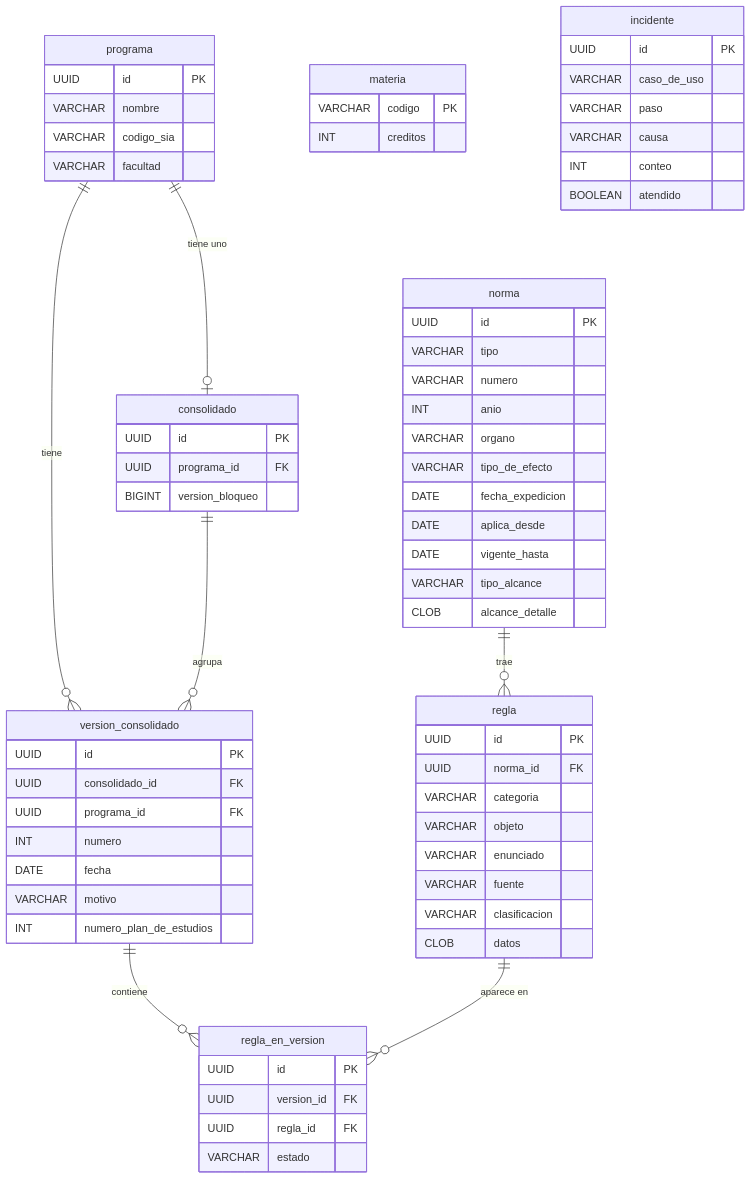
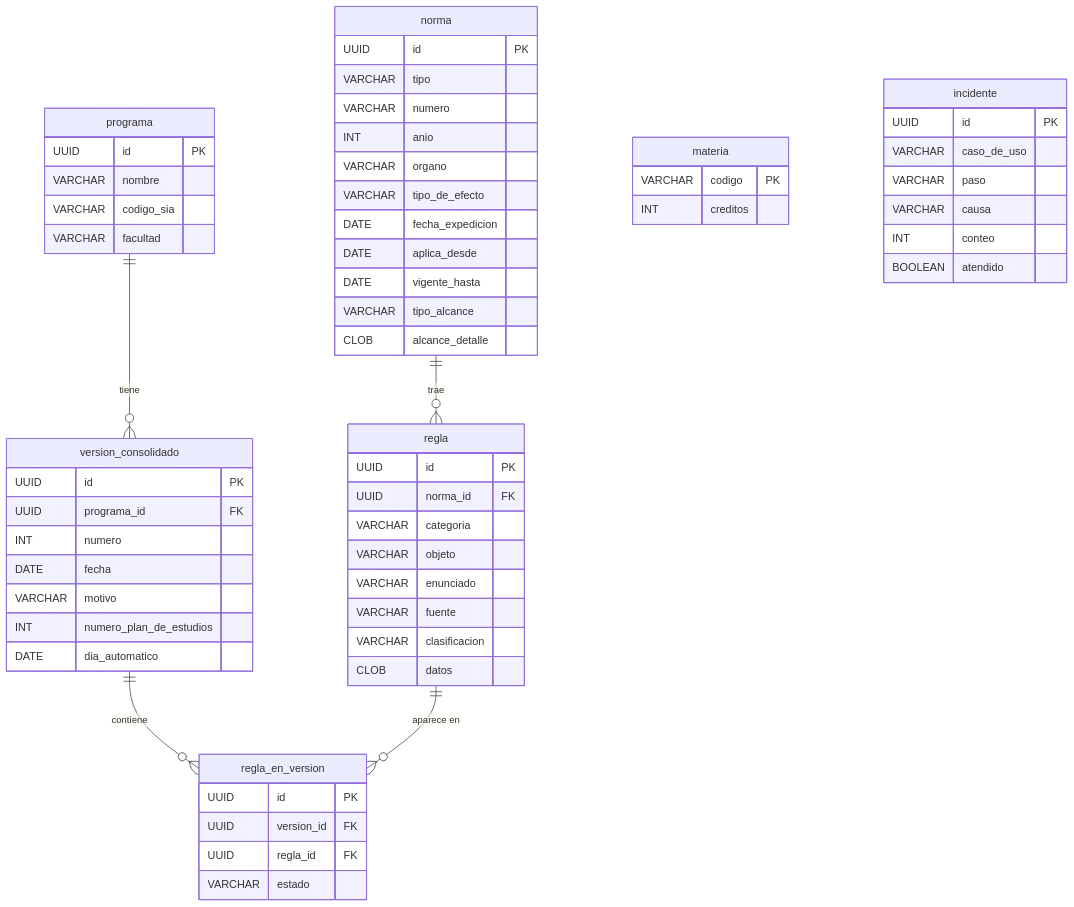
The diagram in docs/datos/esquema-de-la-base.md (SamuelGomezG/RutaUN), drawn with Mermaid before and after one commit. The commit also changed other lines of this file and 6 other files, not shown here.

````diff
--- a/docs/datos/esquema-de-la-base.md
+++ b/docs/datos/esquema-de-la-base.md
@@ -19,71 +19,64 @@
 ```mermaid
 erDiagram
-    programa ||--o| consolidado : "tiene uno"
     programa ||--o{ version_consolidado : "tiene"
-    consolidado ||--o{ version_consolidado : "agrupa"
     version_consolidado ||--o{ regla_en_version : "contiene"
     regla ||--o{ regla_en_version : "aparece en"
     norma ||--o{ regla : "trae"
 
     programa {
         UUID id PK
         VARCHAR nombre
         VARCHAR codigo_sia
         VARCHAR facultad
     }
     norma {
         UUID id PK
         VARCHAR tipo
         VARCHAR numero
         INT anio
         VARCHAR organo
         VARCHAR tipo_de_efecto
         DATE fecha_expedicion
         DATE aplica_desde
         DATE vigente_hasta
         VARCHAR tipo_alcance
         CLOB alcance_detalle
     }
     regla {
         UUID id PK
         UUID norma_id FK
         VARCHAR categoria
         VARCHAR objeto
         VARCHAR enunciado
         VARCHAR fuente
         VARCHAR clasificacion
         CLOB datos
     }
-    consolidado {
-        UUID id PK
-        UUID programa_id FK
-        BIGINT version_bloqueo
-    }
     version_consolidado {
         UUID id PK
-        UUID consolidado_id FK
         UUID programa_id FK
         INT numero
         DATE fecha
         VARCHAR motivo
         INT numero_plan_de_estudios
+        DATE dia_automatico
     }
     regla_en_version {
         UUID id PK
         UUID version_id FK
         UUID regla_id FK
         VARCHAR estado
     }
     materia {
         VARCHAR codigo PK
         INT creditos
     }
     incidente {
         UUID id PK
         VARCHAR caso_de_uso
         VARCHAR paso
         VARCHAR causa
         INT conteo
         BOOLEAN atendido
     }
 ```
````
